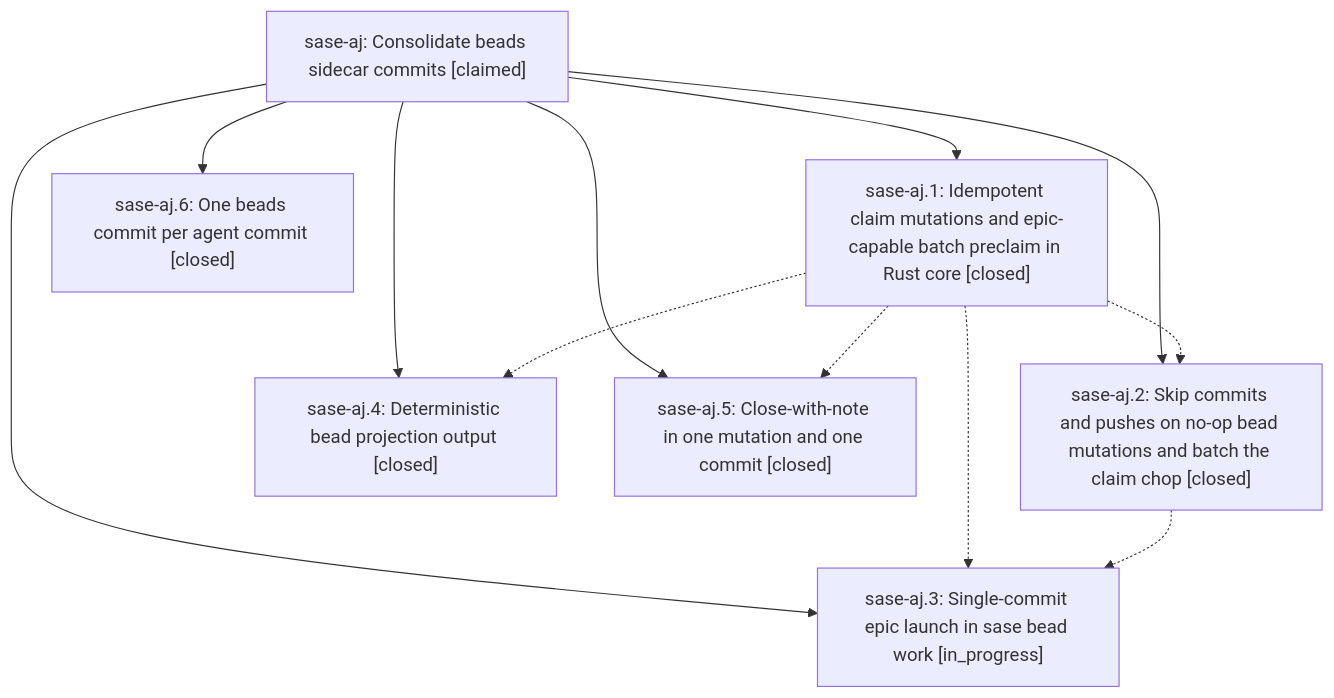
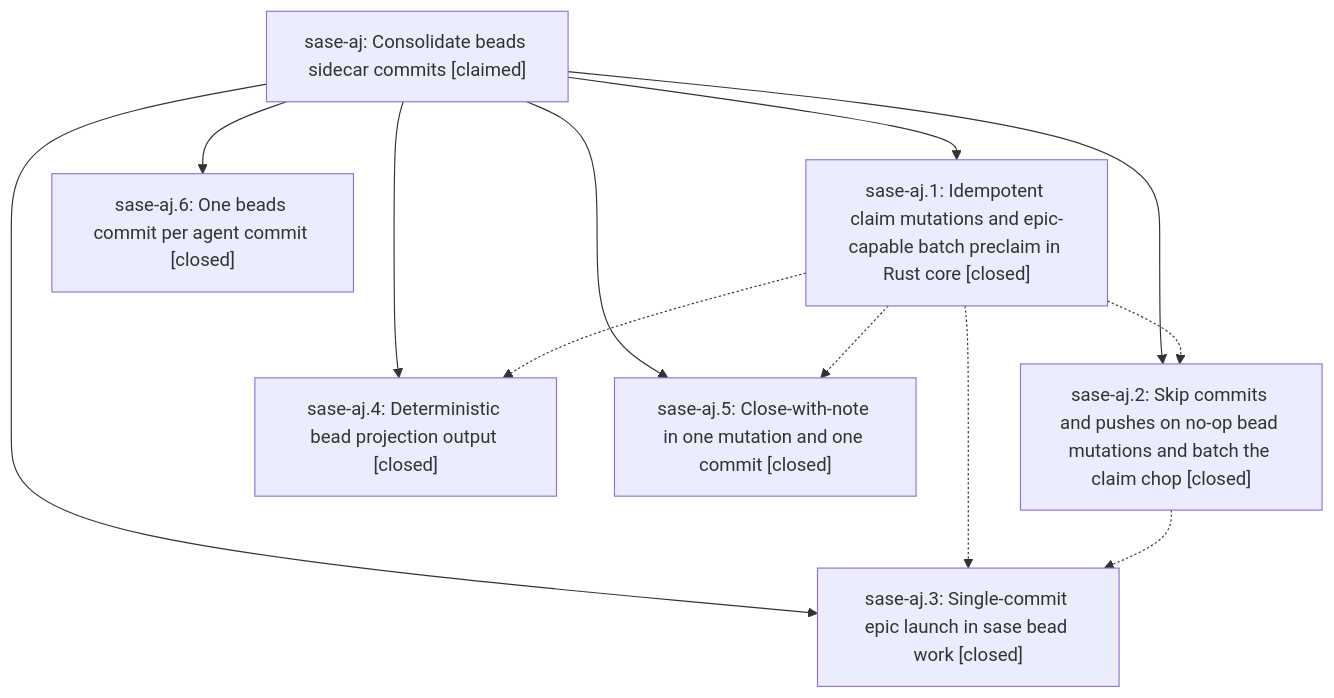
Before and after one commit to sase-org/sase--beads: the diagram in pages/sase-aj/README.md, drawn with Mermaid. The commit also changed other lines of this file and 3 other files, not shown here.

First line of the commit message:
chore(beads): sync bead state and pages for sase-aj

````diff
--- a/pages/sase-aj/README.md
+++ b/pages/sase-aj/README.md
@@ -27,21 +27,21 @@
 ```mermaid
 flowchart TD
     n0["sase-aj: Consolidate beads sidecar commits [claimed]"]
     n1["sase-aj.1: Idempotent claim mutations and epic-capable batch preclaim in Rust core [closed]"]
     n2["sase-aj.2: Skip commits and pushes on no-op bead mutations and batch the claim chop [closed]"]
-    n3["sase-aj.3: Single-commit epic launch in sase bead work [in_progress]"]
+    n3["sase-aj.3: Single-commit epic launch in sase bead work [closed]"]
     n4["sase-aj.4: Deterministic bead projection output [closed]"]
     n5["sase-aj.5: Close-with-note in one mutation and one commit [closed]"]
     n6["sase-aj.6: One beads commit per agent commit [closed]"]
     n0 --> n1
     n0 --> n2
     n0 --> n3
     n0 --> n4
     n0 --> n5
     n0 --> n6
     n1 -.-> n2
     n1 -.-> n3
     n1 -.-> n4
     n1 -.-> n5
     n2 -.-> n3
 ```
````
